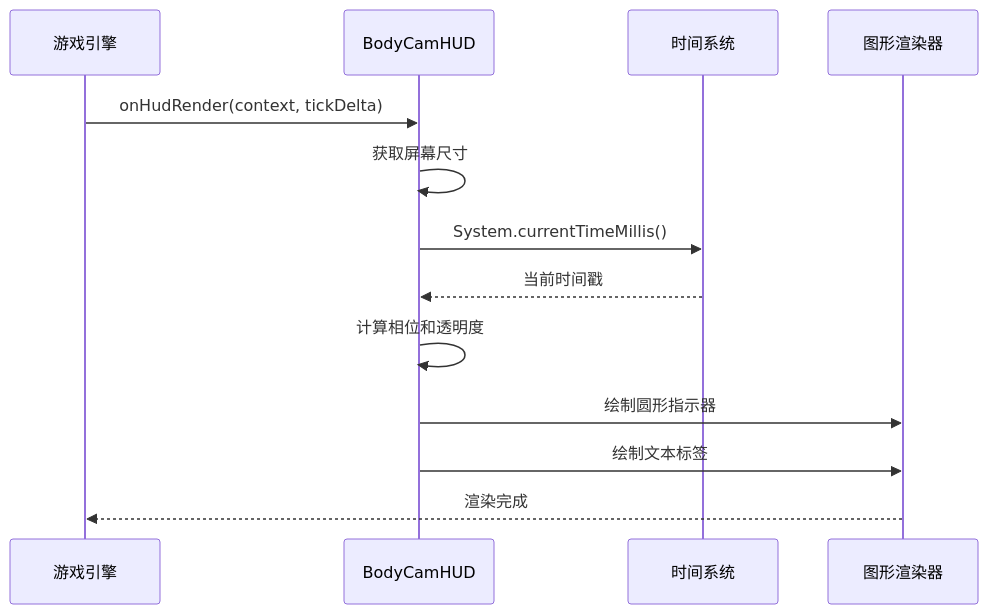
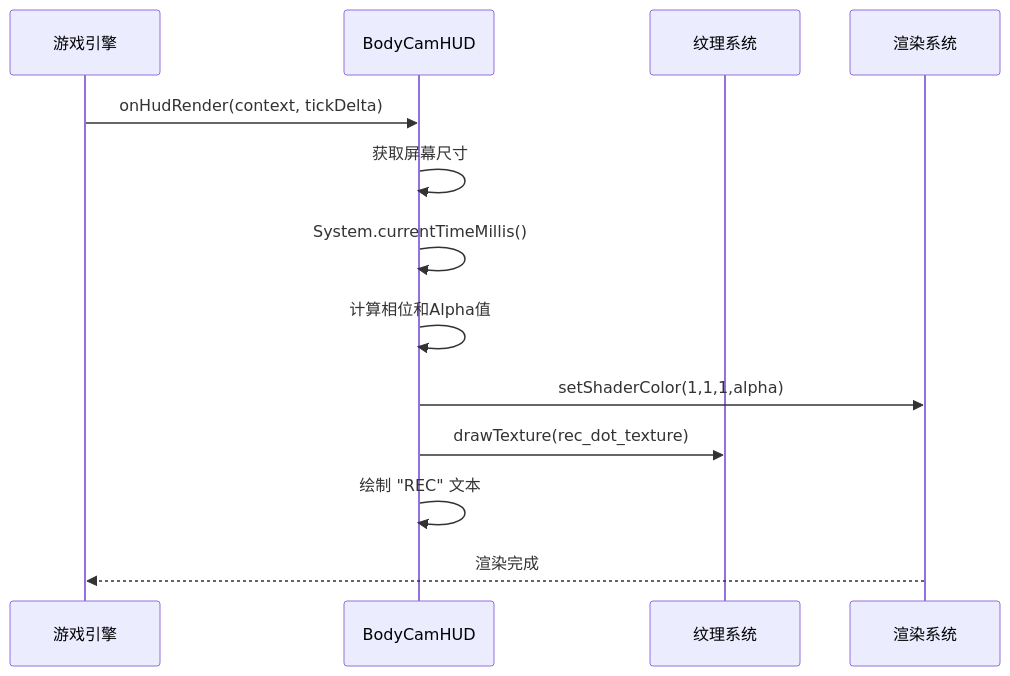
Before and after one commit to Manager20211/AxonBodyCam2: the second of 6 diagrams in .qoder/repowiki/zh/content/核心功能/录制指示器功能.md, drawn with Mermaid. The commit also changed other lines of this file and 11 other files, not shown here.

````diff
--- a/.qoder/repowiki/zh/content/核心功能/录制指示器功能.md
+++ b/.qoder/repowiki/zh/content/核心功能/录制指示器功能.md
@@ -94,15 +114,15 @@
 ```mermaid
 sequenceDiagram
 participant Game as 游戏引擎
 participant HUD as BodyCamHUD
-participant Timer as 时间系统
-participant Renderer as 图形渲染器
+participant Texture as 纹理系统
+participant RenderSys as 渲染系统
 Game->>HUD : onHudRender(context, tickDelta)
 HUD->>HUD : 获取屏幕尺寸
-HUD->>Timer : System.currentTimeMillis()
-Timer-->>HUD : 当前时间戳
-HUD->>HUD : 计算相位和透明度
-HUD->>Renderer : 绘制圆形指示器
-HUD->>Renderer : 绘制文本标签
-Renderer-->>Game : 渲染完成
+HUD->>HUD : System.currentTimeMillis()
+HUD->>HUD : 计算相位和Alpha值
+HUD->>RenderSys : setShaderColor(1,1,1,alpha)
+HUD->>Texture : drawTexture(rec_dot_texture)
+HUD->>HUD : 绘制 "REC" 文本
+RenderSys-->>Game : 渲染完成
 ```
````
